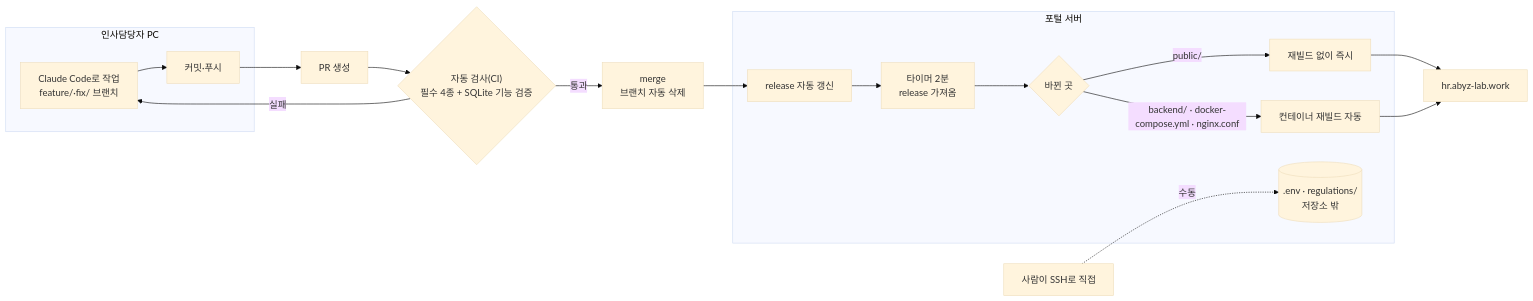
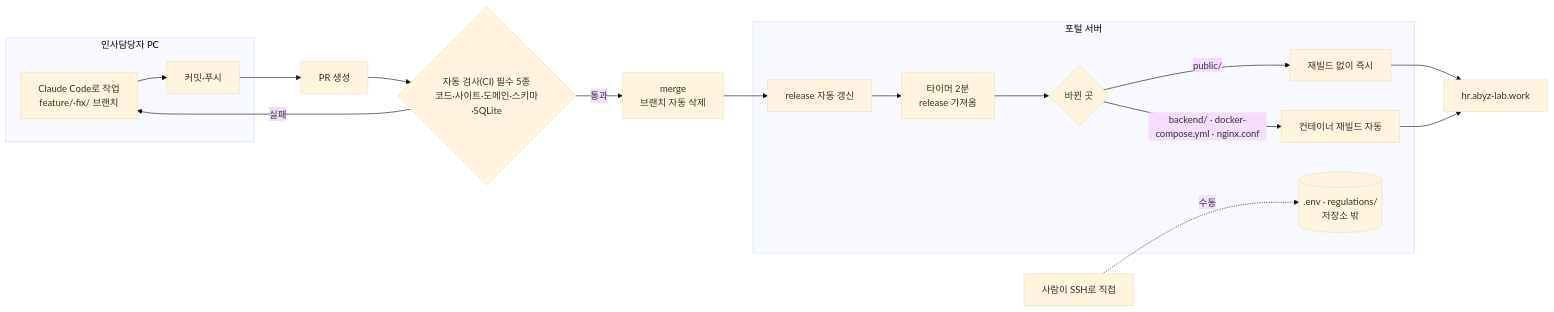
One commit to hnabyz-bot/hr-portal changed the diagram in README.md. Above: the diagram before and after it, drawn with Mermaid (base theme). The commit also changed 1 other file, not shown here.

Commit message:
docs: CI 필수 검사 5종 반영 (SQLite 기능 검증 필수 추가, 2026-10-03)
Claude-Session: https://claude.ai/code/session_01NohFaCGKCcj9V6nNyQd4JS

````diff
--- a/README.md
+++ b/README.md
@@ -141,21 +141,21 @@
 ```mermaid
 flowchart LR
   subgraph PC["인사담당자 PC"]
     A["Claude Code로 작업<br/>feature/·fix/ 브랜치"] --> B[커밋·푸시]
   end
   B --> C[PR 생성]
-  C --> D{"자동 검사(CI)<br/>필수 4종 + SQLite 기능 검증"}
+  C --> D{"자동 검사(CI) 필수 5종<br/>코드·사이트·도메인·스키마·SQLite"}
   D -- 실패 --> A
   D -- 통과 --> E["merge<br/>브랜치 자동 삭제"]
   E --> F[release 자동 갱신]
   subgraph SRV["포털 서버"]
     F --> G["타이머 2분<br/>release 가져옴"]
     G --> H{바뀐 곳}
     H -- "public/" --> I[재빌드 없이 즉시]
     H -- "backend/ · docker-compose.yml · nginx.conf" --> J[컨테이너 재빌드 자동]
     L[(".env · regulations/<br/>저장소 밖")]
   end
   I --> K[hr.abyz-lab.work]
   J --> K
   M[사람이 SSH로 직접] -. 수동 .-> L
 ```
````
